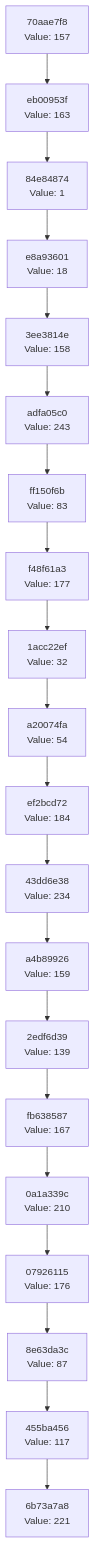
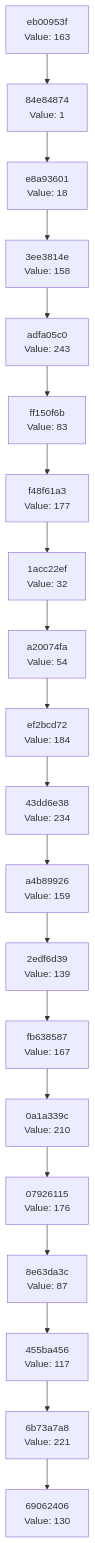
The diagram in docs/CHAIN_VISUALIZATION.md (Abhisheksinha1506/hash-chain-evolver), drawn with Mermaid before and after one commit. The commit also changed 3 other files, not shown here.

````diff
--- a/docs/CHAIN_VISUALIZATION.md
+++ b/docs/CHAIN_VISUALIZATION.md
@@ -3,42 +3,42 @@
 ```mermaid
 graph TD
-    C0["6b73a7a8<br/>Value: 221"]
-    C1["455ba456<br/>Value: 117"]
+    C0["69062406<br/>Value: 130"]
+    C1["6b73a7a8<br/>Value: 221"]
     C1 --> C0
-    C2["8e63da3c<br/>Value: 87"]
+    C2["455ba456<br/>Value: 117"]
     C2 --> C1
-    C3["07926115<br/>Value: 176"]
+    C3["8e63da3c<br/>Value: 87"]
     C3 --> C2
-    C4["0a1a339c<br/>Value: 210"]
+    C4["07926115<br/>Value: 176"]
     C4 --> C3
-    C5["fb638587<br/>Value: 167"]
+    C5["0a1a339c<br/>Value: 210"]
     C5 --> C4
-    C6["2edf6d39<br/>Value: 139"]
+    C6["fb638587<br/>Value: 167"]
     C6 --> C5
-    C7["a4b89926<br/>Value: 159"]
+    C7["2edf6d39<br/>Value: 139"]
     C7 --> C6
-    C8["43dd6e38<br/>Value: 234"]
+    C8["a4b89926<br/>Value: 159"]
     C8 --> C7
-    C9["ef2bcd72<br/>Value: 184"]
+    C9["43dd6e38<br/>Value: 234"]
     C9 --> C8
-    C10["a20074fa<br/>Value: 54"]
+    C10["ef2bcd72<br/>Value: 184"]
     C10 --> C9
-    C11["1acc22ef<br/>Value: 32"]
+    C11["a20074fa<br/>Value: 54"]
     C11 --> C10
-    C12["f48f61a3<br/>Value: 177"]
+    C12["1acc22ef<br/>Value: 32"]
     C12 --> C11
-    C13["ff150f6b<br/>Value: 83"]
+    C13["f48f61a3<br/>Value: 177"]
     C13 --> C12
-    C14["adfa05c0<br/>Value: 243"]
+    C14["ff150f6b<br/>Value: 83"]
     C14 --> C13
-    C15["3ee3814e<br/>Value: 158"]
+    C15["adfa05c0<br/>Value: 243"]
     C15 --> C14
-    C16["e8a93601<br/>Value: 18"]
+    C16["3ee3814e<br/>Value: 158"]
     C16 --> C15
-    C17["84e84874<br/>Value: 1"]
+    C17["e8a93601<br/>Value: 18"]
     C17 --> C16
-    C18["eb00953f<br/>Value: 163"]
+    C18["84e84874<br/>Value: 1"]
     C18 --> C17
-    C19["70aae7f8<br/>Value: 157"]
+    C19["eb00953f<br/>Value: 163"]
     C19 --> C18
 ```
````
